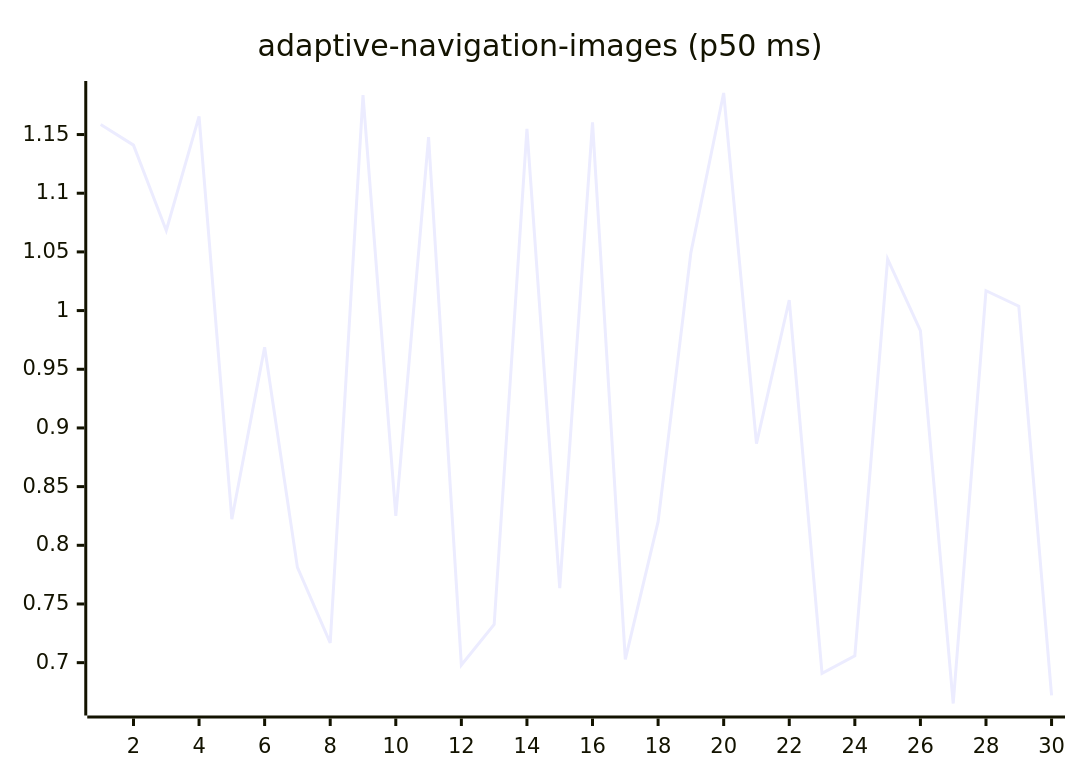
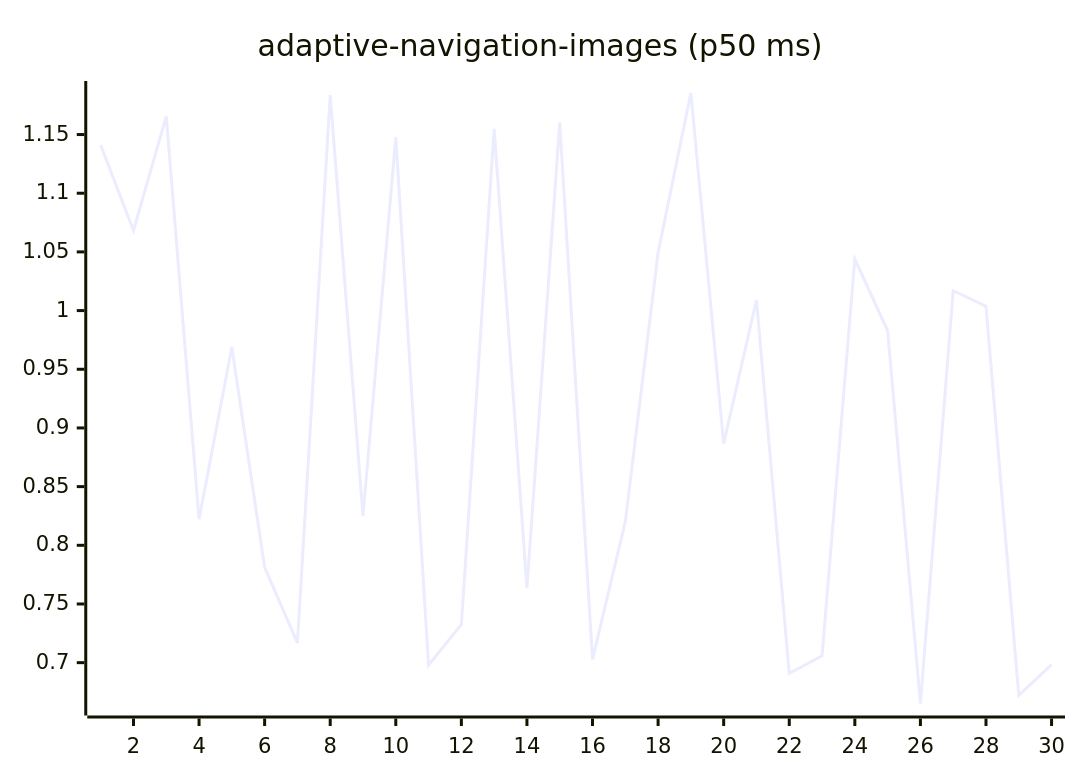
Before and after one commit to josha/Facet: the first of 27 diagrams in README.md, drawn with Mermaid. The commit also changed other lines of this file and 2 other files, not shown here.

````diff
--- a/README.md
+++ b/README.md
@@ -63,6 +63,6 @@
 ```mermaid
 xychart-beta
     title "adaptive-navigation-images (p50 ms)"
     x-axis 1 --> 30
-    line [1.1586, 1.1410, 1.0683, 1.1655, 0.8222, 0.9687, 0.7812, 0.7168, 1.1836, 0.8250, 1.1478, 0.6980, 0.7325, 1.1549, 0.7635, 1.1603, 0.7028, 0.8201, 1.0494, 1.1854, 0.8867, 1.0090, 0.6909, 0.7058, 1.0439, 0.9829, 0.6652, 1.0169, 1.0037, 0.6721]
+    line [1.1410, 1.0683, 1.1655, 0.8222, 0.9687, 0.7812, 0.7168, 1.1836, 0.8250, 1.1478, 0.6980, 0.7325, 1.1549, 0.7635, 1.1603, 0.7028, 0.8201, 1.0494, 1.1854, 0.8867, 1.0090, 0.6909, 0.7058, 1.0439, 0.9829, 0.6652, 1.0169, 1.0037, 0.6721, 0.6983]
 ```
````
